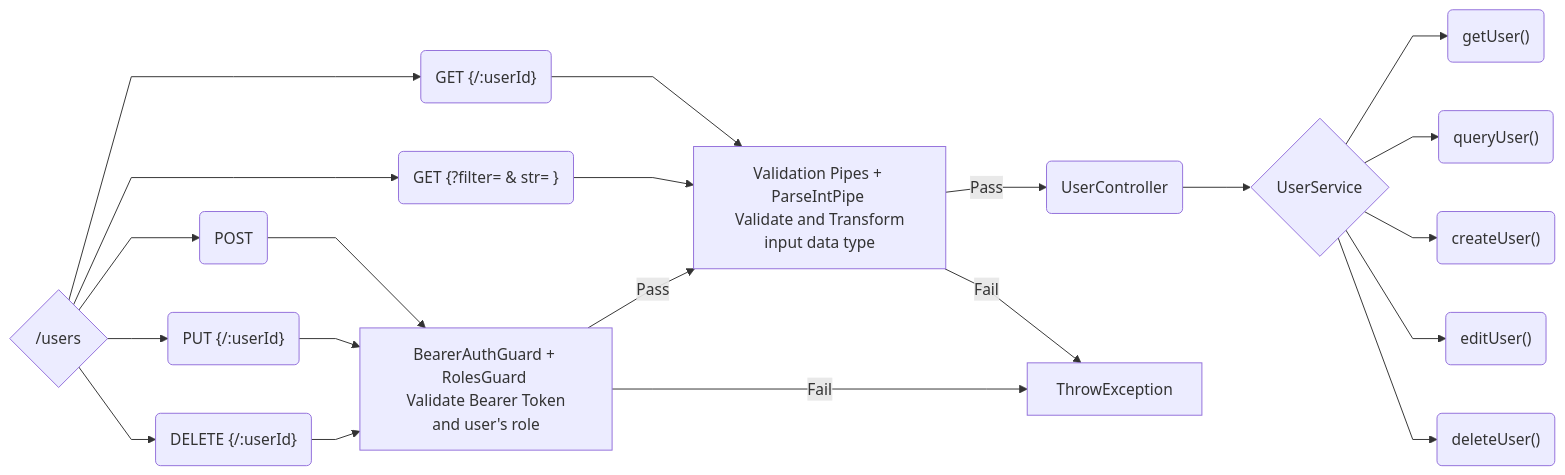
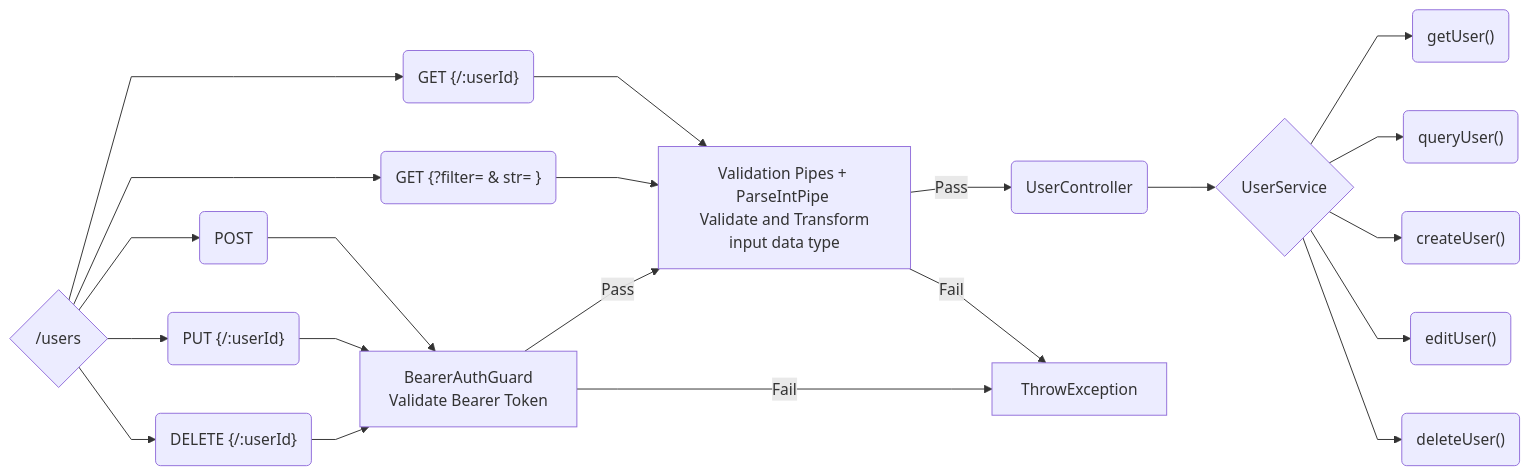
Before and after one commit to JTKiew/NTUCool-Interview: the first of 4 diagrams in README.md, drawn with Mermaid. The commit also changed other lines of this file and 33 other files, not shown here.

````diff
--- a/README.md
+++ b/README.md
@@ -35,30 +49,30 @@
 ```mermaid
 %%{ init : { "flowchart" : { "curve" : "linear" }}}%%
 graph LR
     B{/users}
     B --> F("GET {/:userId}") 
     B --> G("GET {?filter= & str= }") 
     B --> E("POST ") 
     B --> H("PUT {/:userId}") 
     B --> I("DELETE {/:userId}") 
     
     Pipes["Validation Pipes + ParseIntPipe <br> Validate and Transform input data type"]
-    Guards["BearerAuthGuard + RolesGuard <br> Validate Bearer Token and user's role"]
+    Guards["BearerAuthGuard <br> Validate Bearer Token"]
    
     F & G --> Pipes
     E & H & I --> Guards
     
     Guards --> |"Pass"| Pipes
     Pipes --> |"Pass"| J(UserController)
     
     Pipes --> |"Fail"| ThrowException
     Guards --> |"Fail"| ThrowException
     
 
     J --> K{UserService}
     K --> M("getUser()")
     K --> N("queryUser()")
     K --> L("createUser()")
     K --> O("editUser()")
     K --> P("deleteUser()")
 ``` 
````
